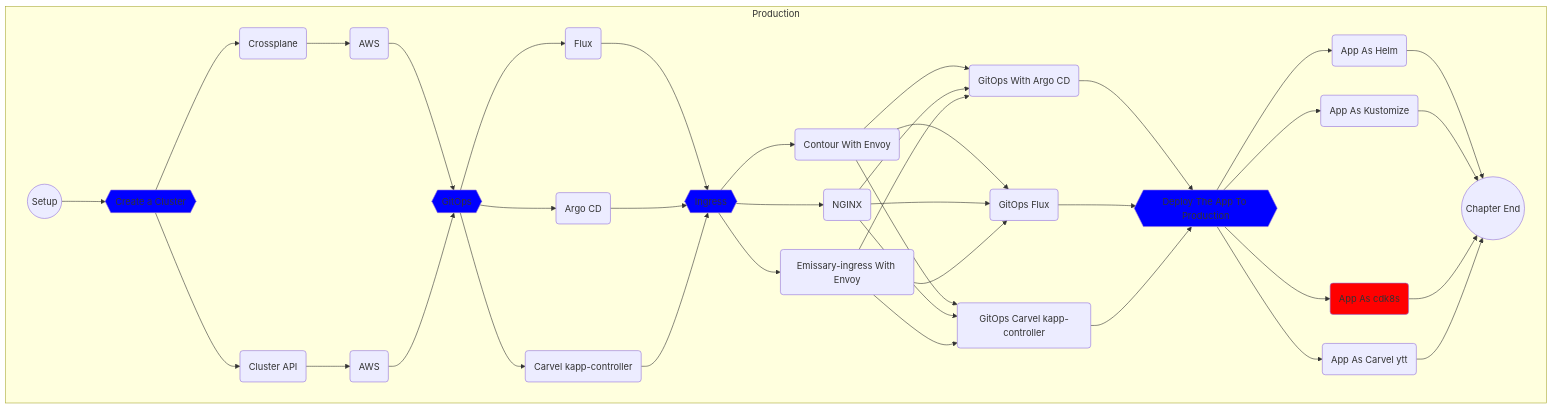
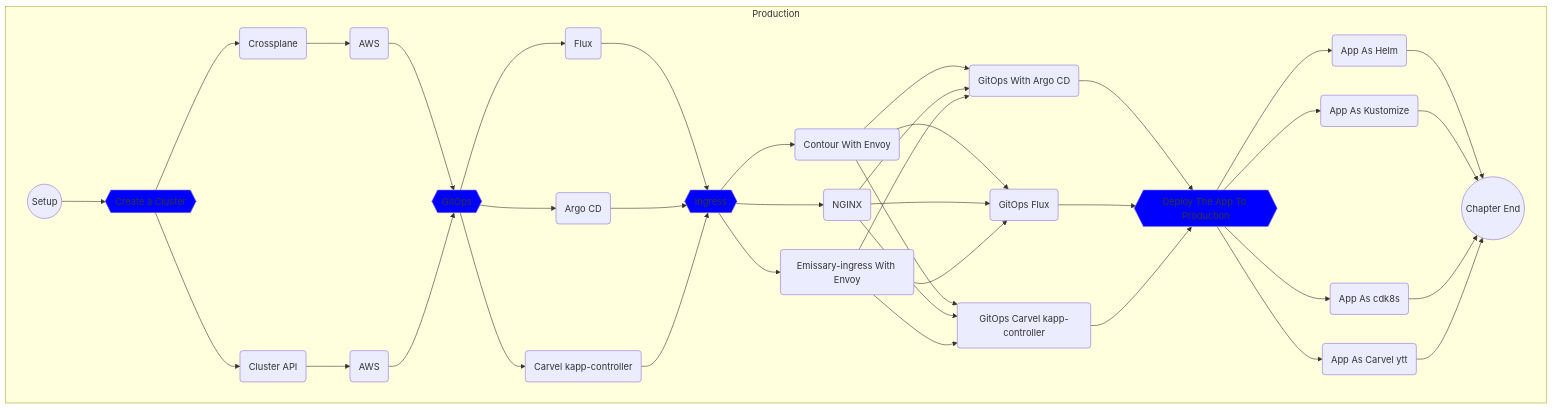
Before and after one commit to vfarcic/cncf-demo: the diagram in manuscript/setup/kubecon.md, drawn with Mermaid. The commit also changed other lines of this file and 2 other files, not shown here.

```diff
--- a/manuscript/setup/kubecon.md
+++ b/manuscript/setup/kubecon.md
@@ -208,7 +207,6 @@
         click app-kustomize "https://github.com/vfarcic/cncf-demo/blob/main/manuscript/app/kustomize.md"
         app-cdk8s(App As cdk8s)
         click app-cdk8s "https://github.com/vfarcic/cncf-demo/blob/main/manuscript/app/cdk8s.md"
-        style app-cdk8s fill:red
         app-carvel(App As Carvel ytt)
         click app-carvel "https://github.com/vfarcic/cncf-demo/blob/main/manuscript/app/carvel.md"
         app --> app-helm & app-kustomize & app-cdk8s & app-carvel --> prod-done
```
